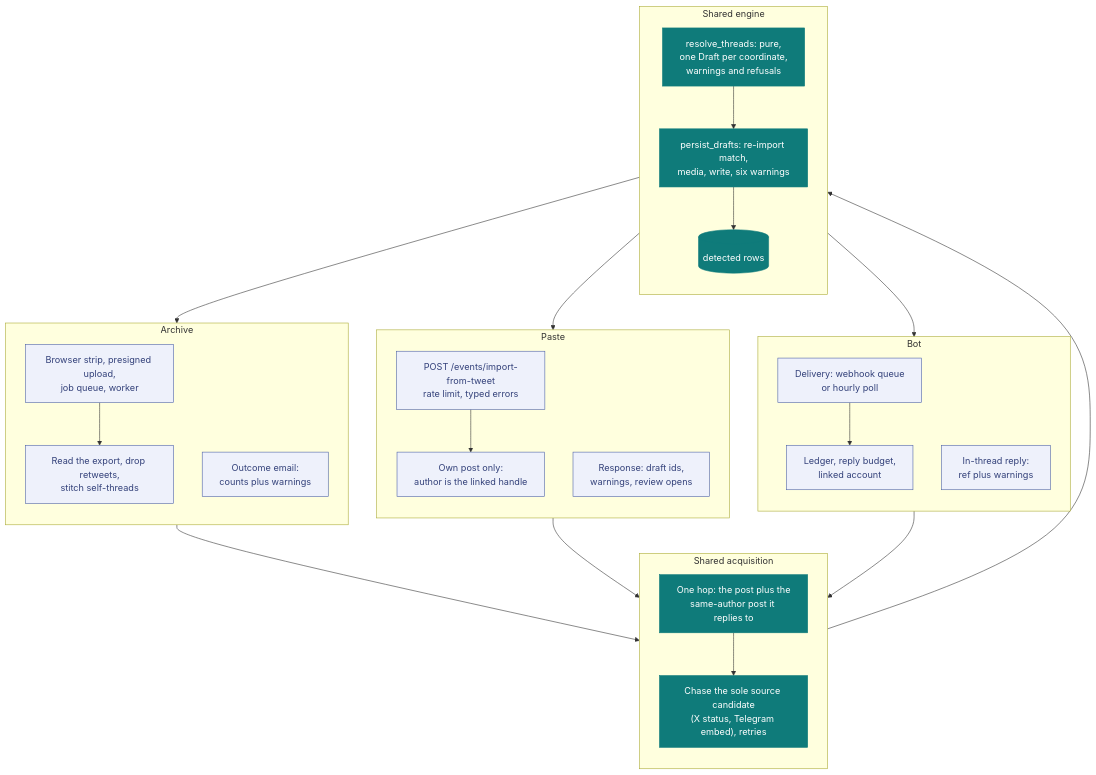
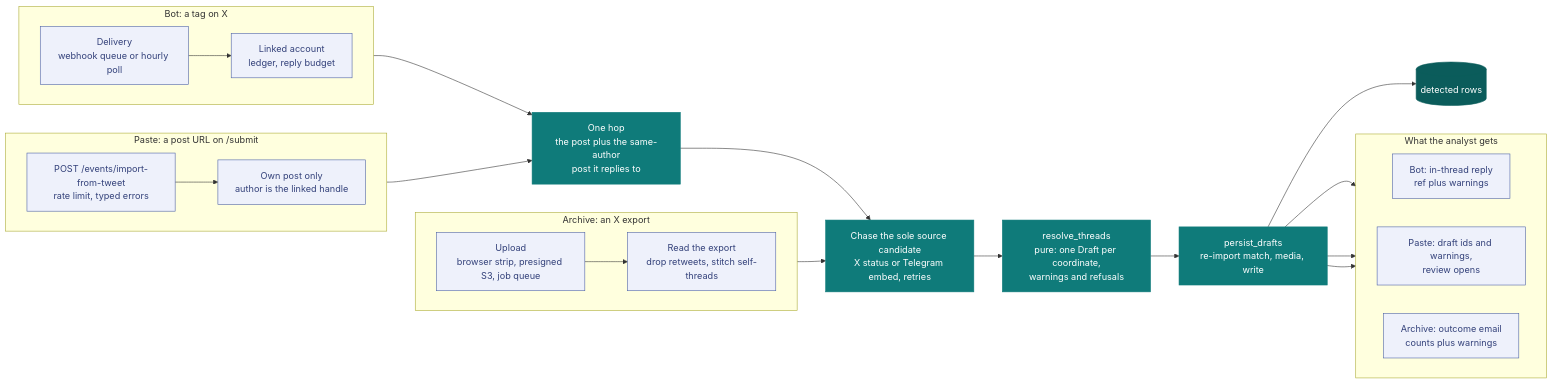
One commit to vidithq/vidit changed the diagram in docs/ingestion.md. Above: the diagram before and after it, drawn with Mermaid. The commit also changed other lines of this file, not shown here.

Commit message:
docs(ingestion): the overview reads left to right, three lanes into one engine

````diff
--- a/docs/ingestion.md
+++ b/docs/ingestion.md
@@ -5,44 +5,40 @@
 ```mermaid
-flowchart TB
+flowchart LR
   classDef spec fill:#eef1fb,stroke:#4a5fa5,color:#33417a
   classDef shared fill:#0f7b7a,stroke:#0f7b7a,color:#ffffff
+  classDef store fill:#0b5c5b,stroke:#0b5c5b,color:#ffffff
 
-  subgraph botlane [Bot]
-    direction TB
-    b1["Delivery: webhook queue<br/>or hourly poll"]:::spec
-    b2["Ledger, reply budget,<br/>linked account"]:::spec
-    b3["In-thread reply:<br/>ref plus warnings"]:::spec
+  subgraph paste [Paste: a post URL on /submit]
+    direction LR
+    p1["POST /events/import-from-tweet<br/>rate limit, typed errors"]:::spec --> p2["Own post only<br/>author is the linked handle"]:::spec
   end
-  subgraph pastelane [Paste]
-    direction TB
-    p1["POST /events/import-from-tweet<br/>rate limit, typed errors"]:::spec
-    p2["Own post only:<br/>author is the linked handle"]:::spec
-    p3["Response: draft ids,<br/>warnings, review opens"]:::spec
+  subgraph bot [Bot: a tag on X]
+    direction LR
+    b1["Delivery<br/>webhook queue or hourly poll"]:::spec --> b2["Linked account<br/>ledger, reply budget"]:::spec
   end
-  subgraph archivelane [Archive]
-    direction TB
-    a1["Browser strip, presigned upload,<br/>job queue, worker"]:::spec
-    a2["Read the export, drop retweets,<br/>stitch self-threads"]:::spec
-    a3["Outcome email:<br/>counts plus warnings"]:::spec
+  subgraph archive [Archive: an X export]
+    direction LR
+    a1["Upload<br/>browser strip, presigned S3, job queue"]:::spec --> a2["Read the export<br/>drop retweets, stitch self-threads"]:::spec
   end
 
-  subgraph acquire [Shared acquisition]
-    direction TB
-    hop["One hop: the post plus the<br/>same-author post it replies to"]:::shared
-    chase["Chase the sole source candidate<br/>(X status, Telegram embed), retries"]:::shared
-  end
-  subgraph engine [Shared engine]
-    direction TB
-    resolve["resolve_threads: pure,<br/>one Draft per coordinate,<br/>warnings and refusals"]:::shared
-    persist["persist_drafts: re-import match,<br/>media, write, six warnings"]:::shared
-    rows[("detected rows")]:::shared
+  hop["One hop<br/>the post plus the same-author<br/>post it replies to"]:::shared
+  chase["Chase the sole source candidate<br/>X status or Telegram embed, retries"]:::shared
+  resolve["resolve_threads<br/>pure: one Draft per coordinate,<br/>warnings and refusals"]:::shared
+  persist["persist_drafts<br/>re-import match, media, write"]:::shared
+  rows[("detected rows")]:::store
+
+  subgraph feedback [What the analyst gets]
+    direction LR
+    f1["Bot: in-thread reply<br/>ref plus warnings"]:::spec
+    f2["Paste: draft ids and warnings,<br/>review opens"]:::spec
+    f3["Archive: outcome email<br/>counts plus warnings"]:::spec
   end
 
-  b1 --> b2 --> hop
-  p1 --> p2 --> hop
-  a1 --> a2 --> chase
+  p2 --> hop
+  b2 --> hop
+  a2 --> chase
   hop --> chase --> resolve --> persist --> rows
-  persist --> b3
-  persist --> p3
-  persist --> a3
+  persist --> f1
+  persist --> f2
+  persist --> f3
 ```
````
